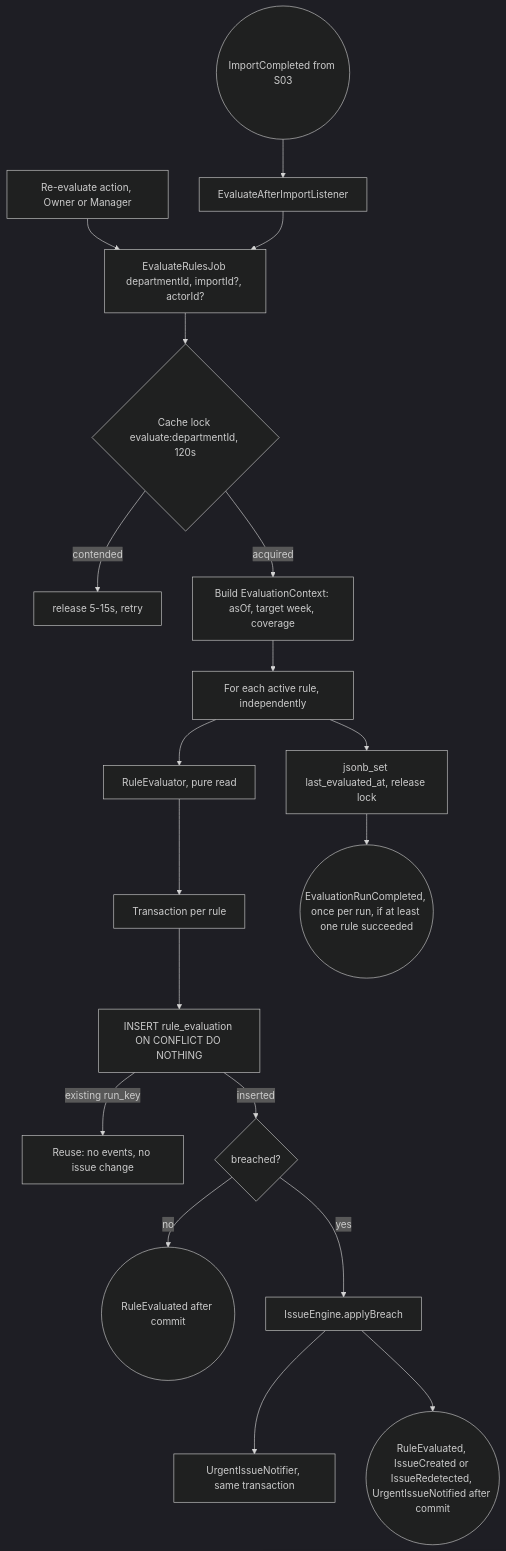
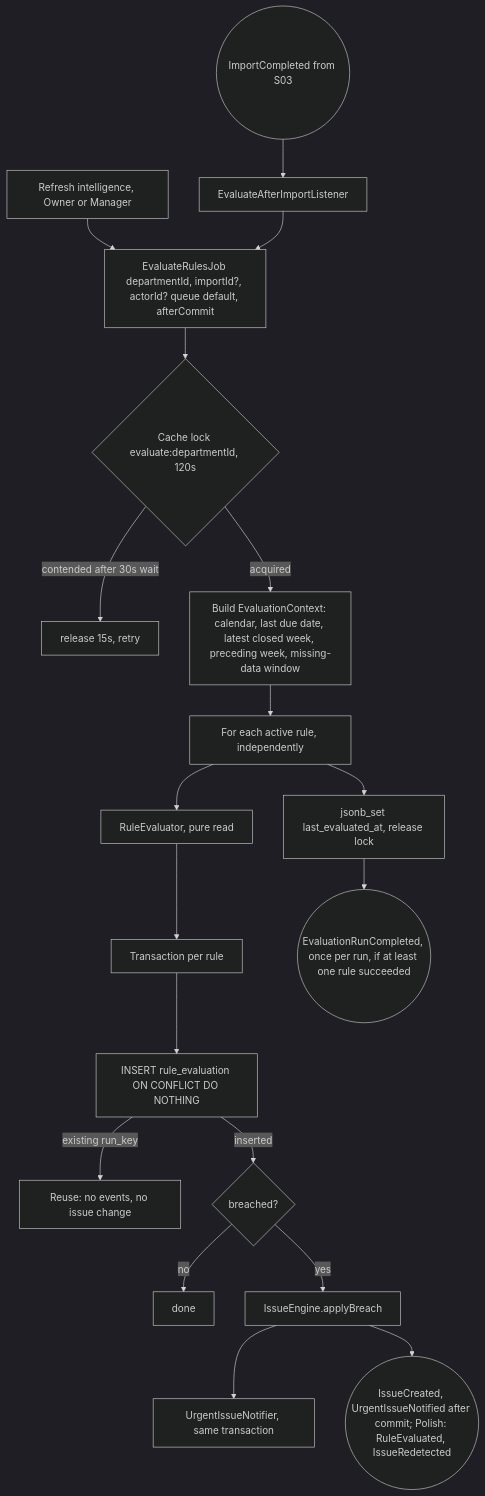
Before and after one commit to shojibur/BusinessPulse: the first of 2 diagrams in .kiro/specs/04-intelligence-issue-engine/design.md, drawn with Mermaid (dark theme). The commit also changed other lines of this file and 40 other files, not shown here.

````diff
--- a/.kiro/specs/04-intelligence-issue-engine/design.md
+++ b/.kiro/specs/04-intelligence-issue-engine/design.md
@@ -38,21 +49,21 @@
 ```mermaid
 flowchart TD
   IC((ImportCompleted from S03)) --> L[EvaluateAfterImportListener]
-  UI[Re-evaluate action, Owner or Manager] --> EJ
-  L --> EJ[EvaluateRulesJob departmentId, importId?, actorId?]
+  UI[Refresh intelligence, Owner or Manager] --> EJ
+  L --> EJ[EvaluateRulesJob departmentId, importId?, actorId? queue default, afterCommit]
   EJ --> LK{Cache lock evaluate:departmentId, 120s}
-  LK -- contended --> REL[release 5-15s, retry]
-  LK -- acquired --> CTX[Build EvaluationContext: asOf, target week, coverage]
+  LK -- contended after 30s wait --> REL[release 15s, retry]
+  LK -- acquired --> CTX[Build EvaluationContext: calendar, last due date, latest closed week, preceding week, missing-data window]
   CTX --> LOOP[For each active rule, independently]
   LOOP --> RE[RuleEvaluator, pure read]
   RE --> TX[Transaction per rule]
   TX --> INS[INSERT rule_evaluation ON CONFLICT DO NOTHING]
   INS -- existing run_key --> REUSE[Reuse: no events, no issue change]
   INS -- inserted --> BR{breached?}
-  BR -- no --> EV1((RuleEvaluated after commit))
+  BR -- no --> OK[done]
   BR -- yes --> IE[IssueEngine.applyBreach]
   IE --> UN[UrgentIssueNotifier, same transaction]
-  IE --> EV2((RuleEvaluated, IssueCreated or IssueRedetected, UrgentIssueNotified after commit))
+  IE --> EV2((IssueCreated, UrgentIssueNotified after commit; Polish: RuleEvaluated, IssueRedetected))
   LOOP --> DONE[jsonb_set last_evaluated_at, release lock]
   DONE --> ERC((EvaluationRunCompleted, once per run, if at least one rule succeeded))
 ```
````
